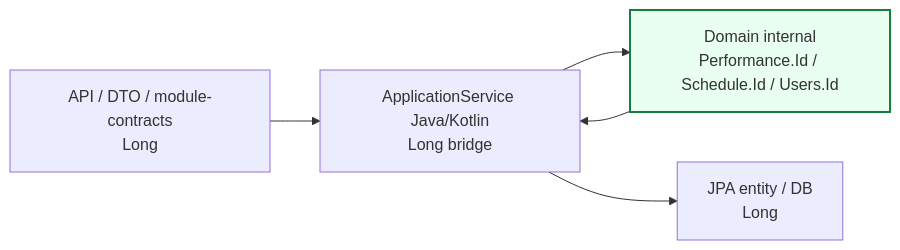
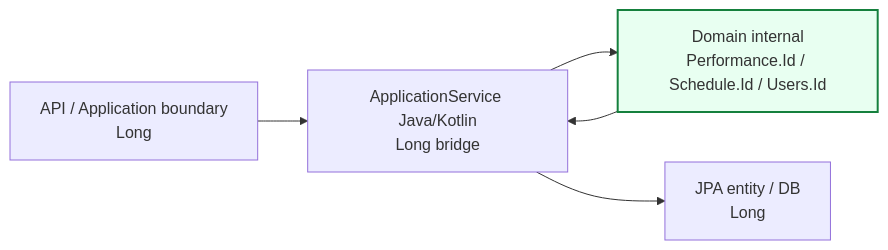
Before and after one commit to TEAM-BEAT/BEAT-SERVER: the sixth of 8 diagrams in core/domain/README.md, drawn with Mermaid. The commit also changed other lines of this file and 515 other files, not shown here.

````diff
--- a/core/domain/README.md
+++ b/core/domain/README.md
@@ -557,14 +557,14 @@
 ```mermaid
 flowchart LR
-    Api[API / DTO / module-contracts<br/>Long]
+    Api[API / Application boundary<br/>Long]
     App[ApplicationService Java/Kotlin<br/>Long bridge]
     Domain[Domain internal<br/>Performance.Id / Schedule.Id / Users.Id]
     Jpa[JPA entity / DB<br/>Long]
 
     Api --> App
     App --> Domain
     Domain --> App
     App --> Jpa
 
     style Domain fill:#e8fff1,stroke:#15803d,stroke-width:2px
 ```
````
